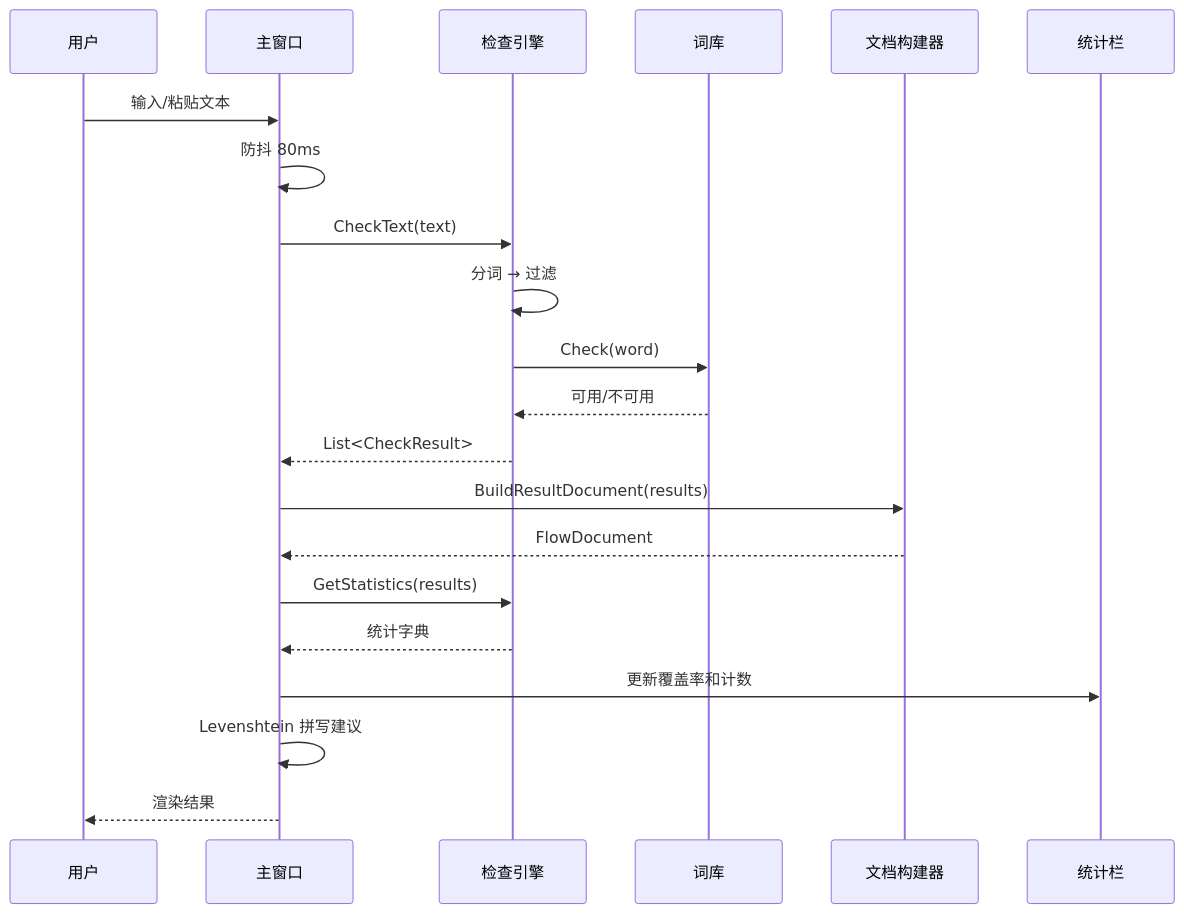
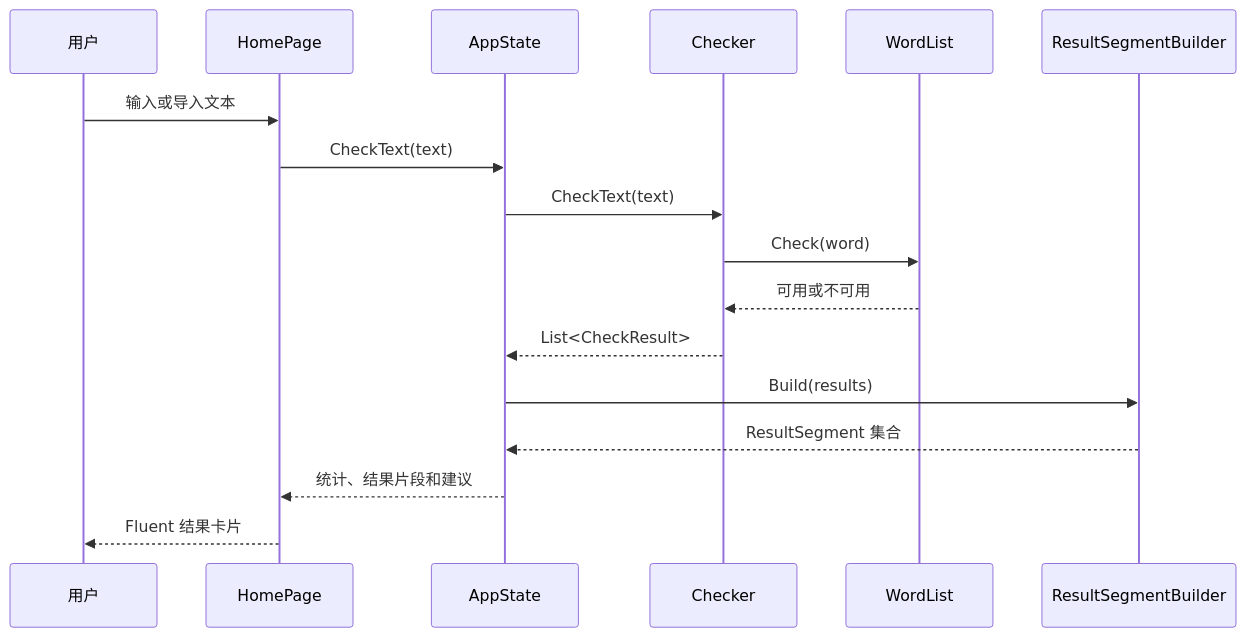
One commit to qingranawa/Cassiewordcheck changed the first of 2 diagrams in docs/project-knowledge/architecture.md. Above: the diagram before and after it, drawn with Mermaid. The commit also changed other lines of this file and 107 other files, not shown here.

````diff
--- a/docs/project-knowledge/architecture.md
+++ b/docs/project-knowledge/architecture.md
@@ -52,24 +29,20 @@
 ```mermaid
 sequenceDiagram
     participant User as 用户
-    participant MainWindow as 主窗口
-    participant Checker as 检查引擎
-    participant WordList as 词库
-    participant DocumentBuilder as 文档构建器
-    participant StatsBar as 统计栏
+    participant Home as HomePage
+    participant State as AppState
+    participant Checker as Checker
+    participant List as WordList
+    participant Builder as ResultSegmentBuilder
 
-    User->>MainWindow: 输入/粘贴文本
-    MainWindow->>MainWindow: 防抖 80ms
-    MainWindow->>Checker: CheckText(text)
-    Checker->>Checker: 分词 → 过滤
-    Checker->>WordList: Check(word)
-    WordList-->>Checker: 可用/不可用
-    Checker-->>MainWindow: List<CheckResult>
-    MainWindow->>DocumentBuilder: BuildResultDocument(results)
-    DocumentBuilder-->>MainWindow: FlowDocument
-    MainWindow->>Checker: GetStatistics(results)
-    Checker-->>MainWindow: 统计字典
-    MainWindow->>StatsBar: 更新覆盖率和计数
-    MainWindow->>MainWindow: Levenshtein 拼写建议
-    MainWindow-->>User: 渲染结果
+    User->>Home: 输入或导入文本
+    Home->>State: CheckText(text)
+    State->>Checker: CheckText(text)
+    Checker->>List: Check(word)
+    List-->>Checker: 可用或不可用
+    Checker-->>State: List<CheckResult>
+    State->>Builder: Build(results)
+    Builder-->>State: ResultSegment 集合
+    State-->>Home: 统计、结果片段和建议
+    Home-->>User: Fluent 结果卡片
 ```
````
